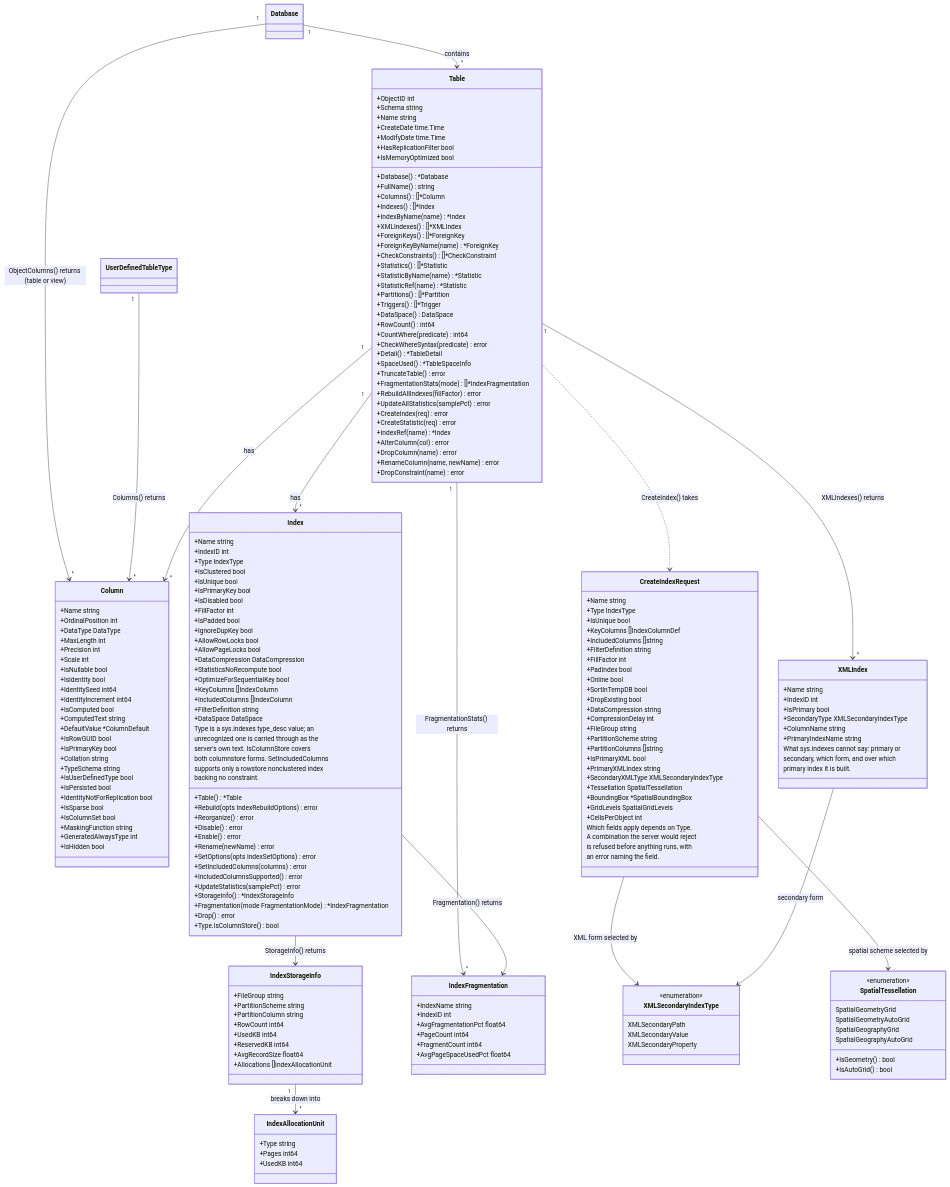
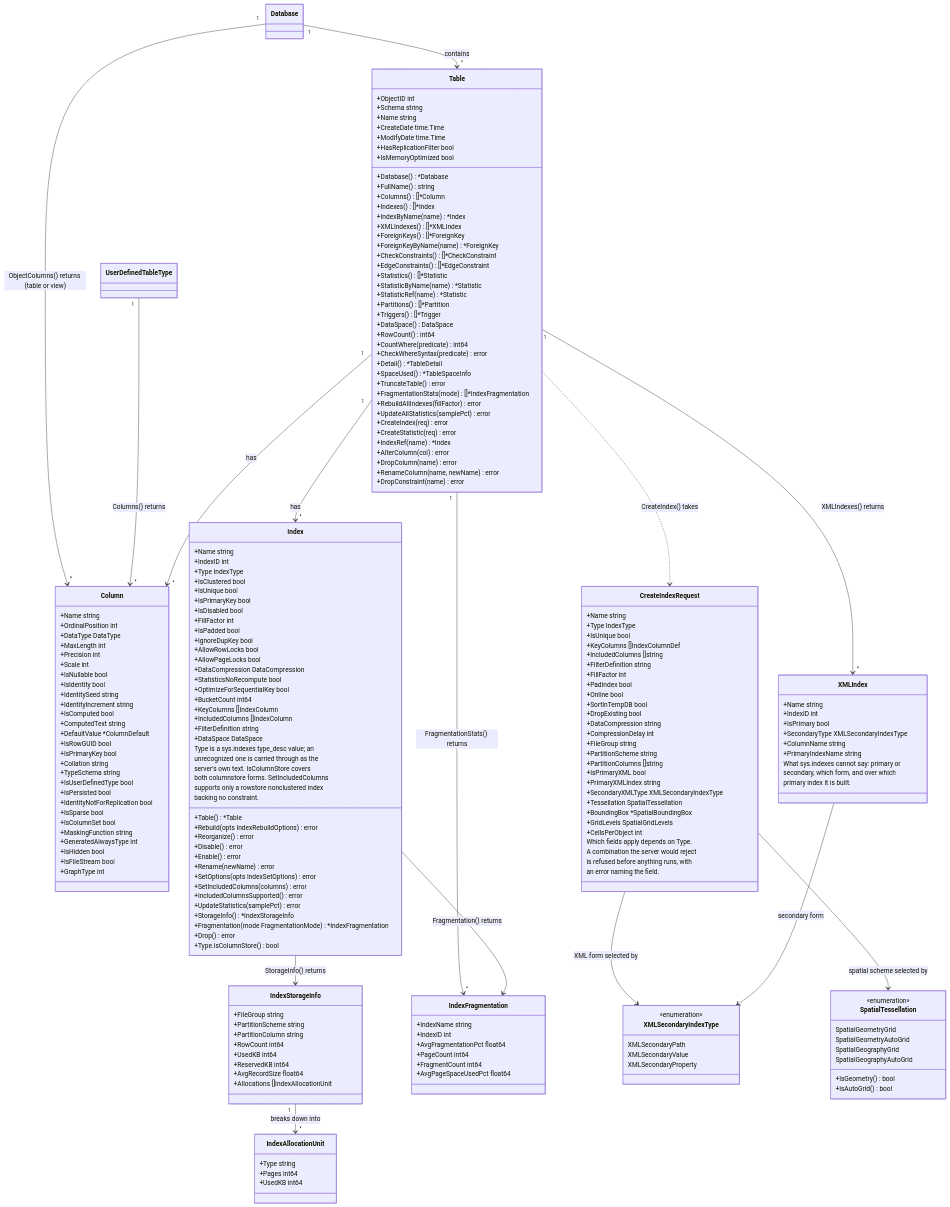
Before and after one commit to radix29/gosmo: the diagram in diagram/10-tables-and-indexes.mmd, drawn with Mermaid. The commit also changed 82 other files, not shown here.

```diff
--- a/diagram/10-tables-and-indexes.mmd
+++ b/diagram/10-tables-and-indexes.mmd
@@ -21,6 +21,7 @@
         +ForeignKeys() []*ForeignKey
         +ForeignKeyByName(name) *ForeignKey
         +CheckConstraints() []*CheckConstraint
+        +EdgeConstraints() []*EdgeConstraint
         +Statistics() []*Statistic
         +StatisticByName(name) *Statistic
         +StatisticRef(name) *Statistic
@@ -54,8 +55,8 @@
         +Scale int
         +IsNullable bool
         +IsIdentity bool
-        +IdentitySeed int64
-        +IdentityIncrement int64
+        +IdentitySeed string
+        +IdentityIncrement string
         +IsComputed bool
         +ComputedText string
         +DefaultValue *ColumnDefault
@@ -71,6 +72,8 @@
         +MaskingFunction string
         +GeneratedAlwaysType int
         +IsHidden bool
+        +IsFileStream bool
+        +GraphType int
     }
 
     class Index {
@@ -89,6 +92,7 @@
         +DataCompression DataCompression
         +StatisticsNoRecompute bool
         +OptimizeForSequentialKey bool
+        +BucketCount int64
         +KeyColumns []IndexColumn
         +IncludedColumns []IndexColumn
         +FilterDefinition string
```
